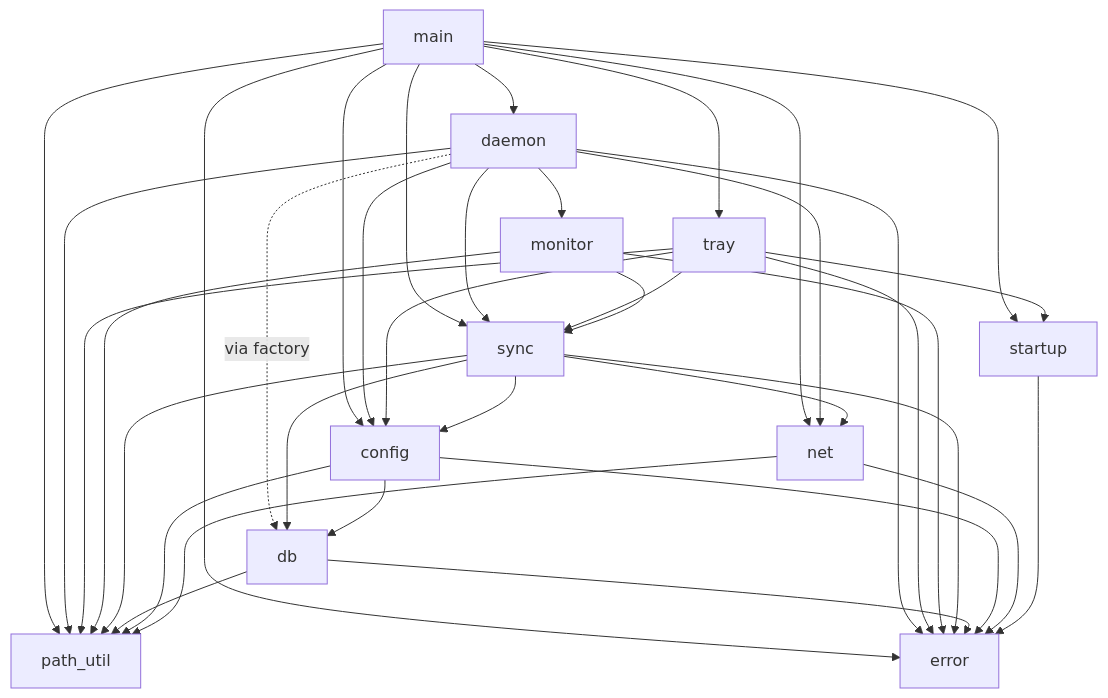
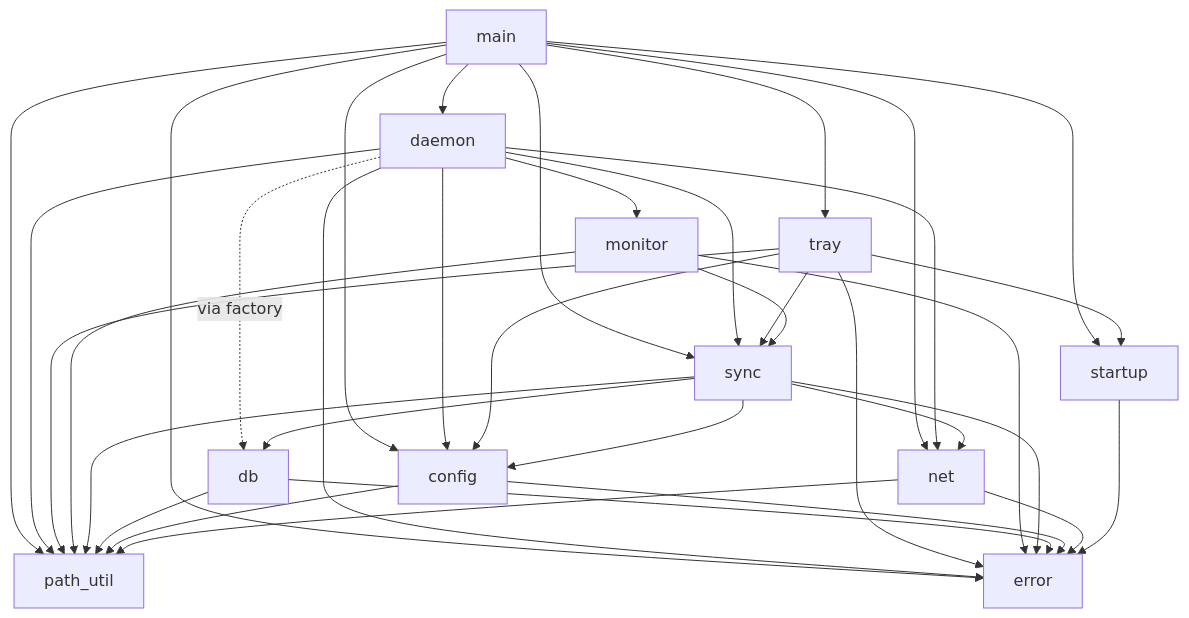
One commit to wends155/syncdir changed the first of 3 diagrams in architecture.md. Above: the diagram before and after it, drawn with Mermaid. The commit also changed other lines of this file and 2 other files, not shown here.

Commit message:
docs: synchronize architecture.md and spec.md with codebase and review remediation

````diff
--- a/architecture.md
+++ b/architecture.md
@@ -317,13 +317,13 @@
 ```mermaid
 graph TD
     main --> daemon & tray & config & sync & startup & net & path_util & error
     daemon --> config & net & monitor & sync & path_util & error
     daemon -.->|via factory| db
     tray --> sync & config & path_util & startup & error
     monitor --> sync & path_util & error
     sync --> db & config & net & path_util & error
     db --> path_util & error
-    config --> path_util & db & error
+    config --> path_util & error
     net --> path_util & error
     startup --> error
 ```
````
